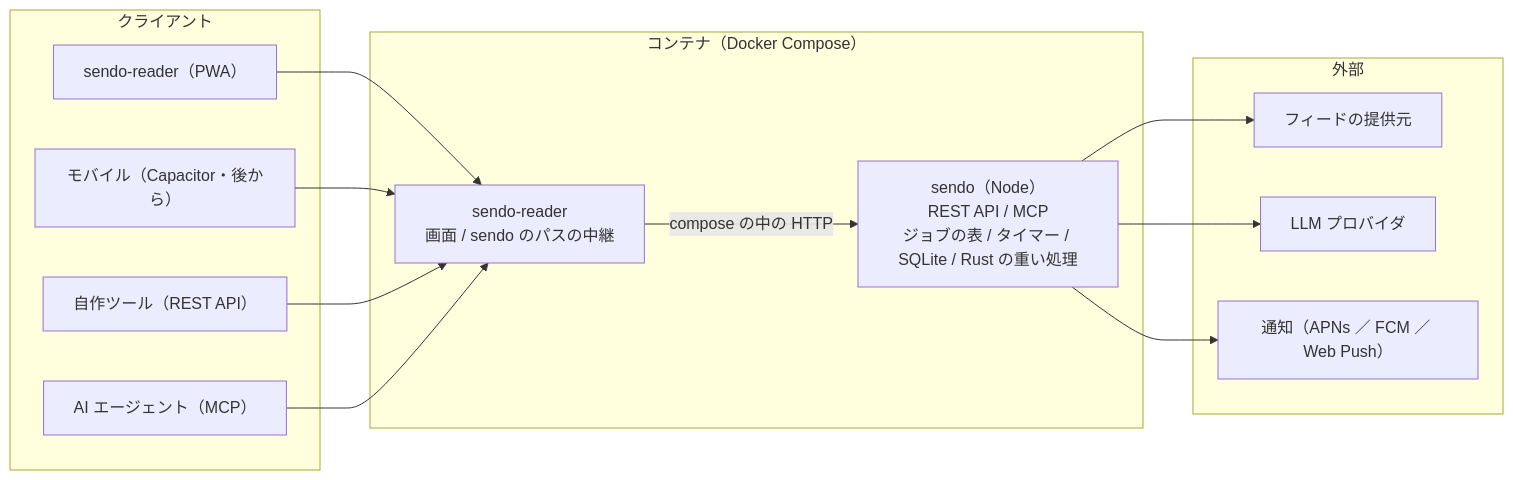
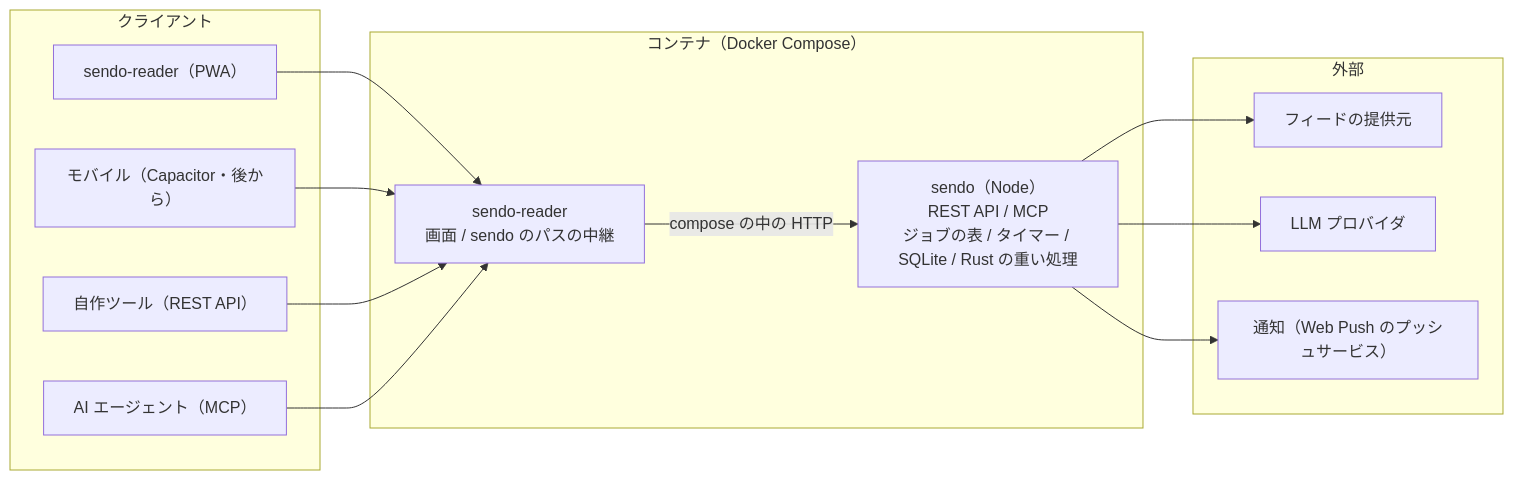
Before and after one commit to sendo-feed/sendo: the diagram in docs/tech-deck.md, drawn with Mermaid. The commit also changed other lines of this file and 8 other files, not shown here.

First line of the commit message:
decision(notifications): 通知のベルと Web Push を決める (#390)

````diff
--- a/docs/tech-deck.md
+++ b/docs/tech-deck.md
@@ -30,29 +30,29 @@
 ```mermaid
 flowchart LR
   subgraph Clients["クライアント"]
     R["sendo-reader（PWA）"]
     M["モバイル（Capacitor・後から）"]
     X["自作ツール（REST API）"]
     A["AI エージェント（MCP）"]
   end
 
   subgraph Host["コンテナ（Docker Compose）"]
     RW["sendo-reader<br/>画面 / sendo のパスの中継"]
     SW["sendo（Node）<br/>REST API / MCP<br/>ジョブの表 / タイマー / SQLite / Rust の重い処理"]
   end
 
   subgraph Ext["外部"]
     F["フィードの提供元"]
     L["LLM プロバイダ"]
-    N["通知（APNs ／ FCM ／ Web Push）"]
+    N["通知（Web Push のプッシュサービス）"]
   end
 
   R --> RW
   M --> RW
   RW -- "compose の中の HTTP" --> SW
   X --> RW
   A --> RW
   SW --> F
   SW --> L
   SW --> N
 ```
````
